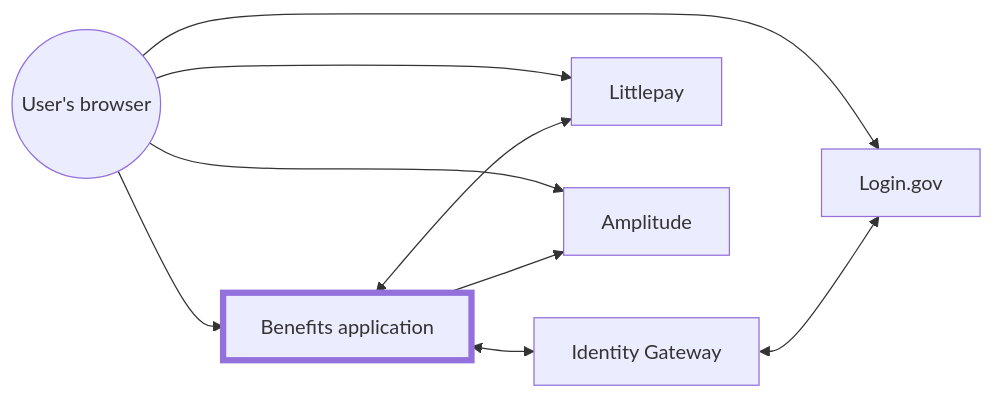
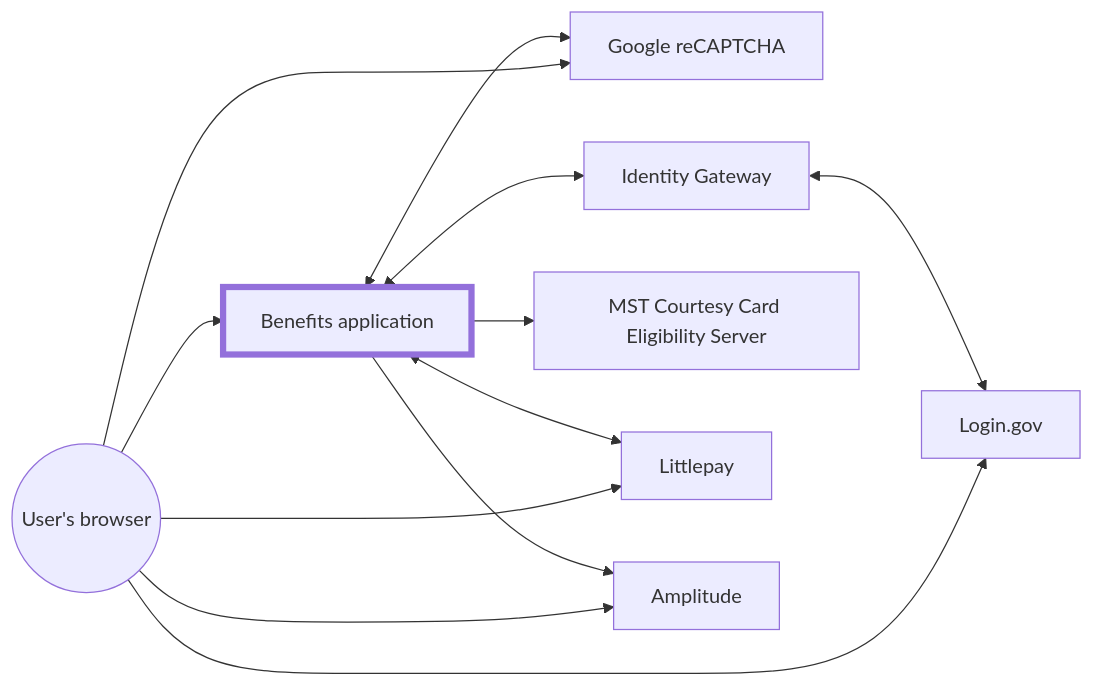
Before and after one commit to cal-itp/benefits: the first of 2 diagrams in docs/deployment/infrastructure.md, drawn with Mermaid.

Commit message:
fix(docs): add missing system interconnections to architecture diagram

````diff
--- a/docs/deployment/infrastructure.md
+++ b/docs/deployment/infrastructure.md
@@ -9,25 +9,27 @@
 ```mermaid
 flowchart LR
     %% DMV integration is currently disabled, hence the lines commented out below
 
     %% dmv[DMV Eligibility Verification API]
     benefits[Benefits application]
     style benefits stroke-width:5px
-    %% recaptcha[Google reCAPTCHA]
+    recaptcha[Google reCAPTCHA]
     rider((User's browser))
     idg[Identity Gateway]
+    mst_elig[MST Courtesy Card Eligibility Server]
 
     rider --> benefits
     rider --> Login.gov
-    %% rider --> recaptcha
+    rider --> recaptcha
     rider --> Littlepay
     rider --> Amplitude
 
     benefits <--> idg
-    %% benefits <--> recaptcha
+    benefits <--> recaptcha
     %% benefits --> dmv
     benefits --> Amplitude
     benefits <--> Littlepay
+    benefits --> mst_elig
 
     idg <--> Login.gov
 ```
````
